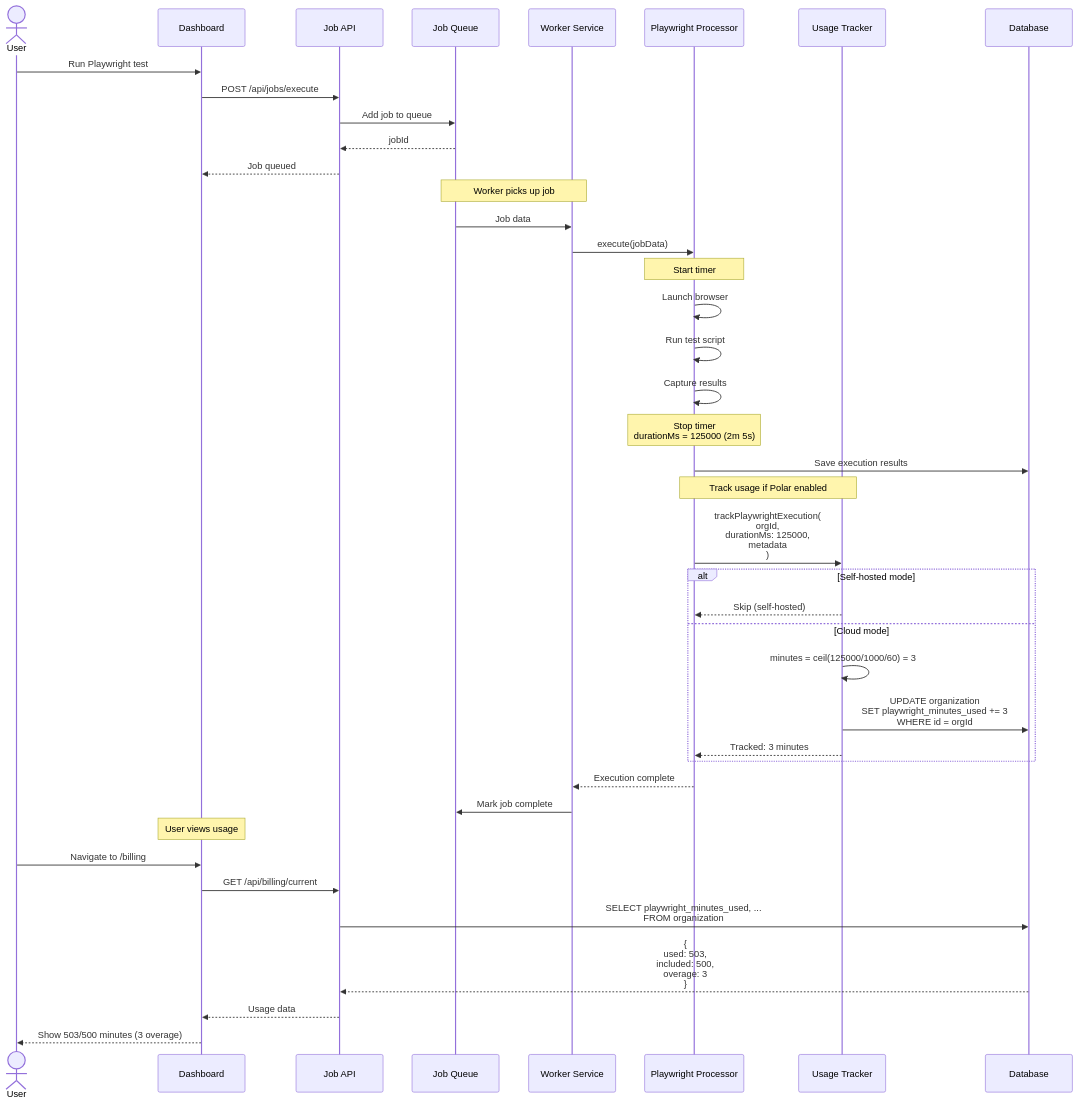
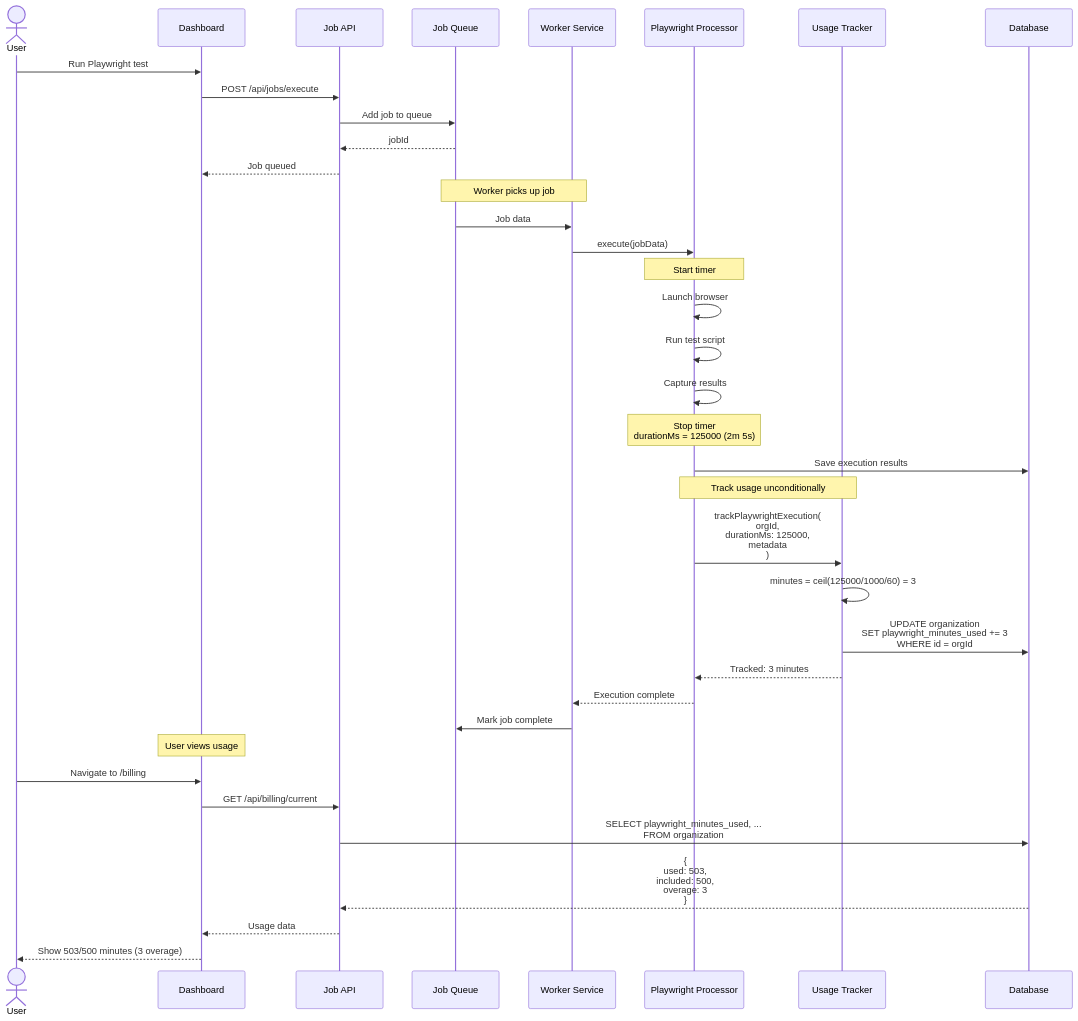
One commit to supercheck-io/supercheck changed the fifth of 8 diagrams in specs/08-operations/POLAR_BILLING_INTEGRATION.md. Above: the diagram before and after it, drawn with Mermaid. The commit also changed other lines of this file and 8 other files, not shown here.

Commit message:
refactor: Unconditionally track usage and standardize `SELF_HOSTED` environment variable for server-side logic.

````diff
--- a/specs/08-operations/POLAR_BILLING_INTEGRATION.md
+++ b/specs/08-operations/POLAR_BILLING_INTEGRATION.md
@@ -299,56 +299,51 @@
 ```mermaid
 sequenceDiagram
     actor User
     participant UI as Dashboard
     participant API as Job API
     participant Queue as Job Queue
     participant Worker as Worker Service
     participant PWProc as Playwright Processor
     participant UsageTracker as Usage Tracker
     participant DB as Database
 
     User->>UI: Run Playwright test
     UI->>API: POST /api/jobs/execute
     API->>Queue: Add job to queue
     Queue-->>API: jobId
     API-->>UI: Job queued
 
     Note over Queue,Worker: Worker picks up job
 
     Queue->>Worker: Job data
     Worker->>PWProc: execute(jobData)
 
     Note over PWProc: Start timer
 
     PWProc->>PWProc: Launch browser
     PWProc->>PWProc: Run test script
     PWProc->>PWProc: Capture results
 
     Note over PWProc: Stop timer<br/>durationMs = 125000 (2m 5s)
 
     PWProc->>DB: Save execution results
 
-    Note over PWProc,UsageTracker: Track usage if Polar enabled
+    Note over PWProc,UsageTracker: Track usage unconditionally
 
     PWProc->>UsageTracker: trackPlaywrightExecution(<br/>  orgId,<br/>  durationMs: 125000,<br/>  metadata<br/>)
-
-    alt Self-hosted mode
-        UsageTracker-->>PWProc: Skip (self-hosted)
-    else Cloud mode
-        UsageTracker->>UsageTracker: minutes = ceil(125000/1000/60) = 3
-        UsageTracker->>DB: UPDATE organization<br/>SET playwright_minutes_used += 3<br/>WHERE id = orgId
-        UsageTracker-->>PWProc: Tracked: 3 minutes
-    end
+    UsageTracker->>UsageTracker: minutes = ceil(125000/1000/60) = 3
+    UsageTracker->>DB: UPDATE organization<br/>SET playwright_minutes_used += 3<br/>WHERE id = orgId
+    UsageTracker-->>PWProc: Tracked: 3 minutes
 
     PWProc-->>Worker: Execution complete
     Worker->>Queue: Mark job complete
 
     Note over UI: User views usage
 
     User->>UI: Navigate to /billing
     UI->>API: GET /api/billing/current
     API->>DB: SELECT playwright_minutes_used, ...<br/>FROM organization
     DB-->>API: {<br/>  used: 503,<br/>  included: 500,<br/>  overage: 3<br/>}
     API-->>UI: Usage data
     UI-->>User: Show 503/500 minutes (3 overage)
 ```
````
